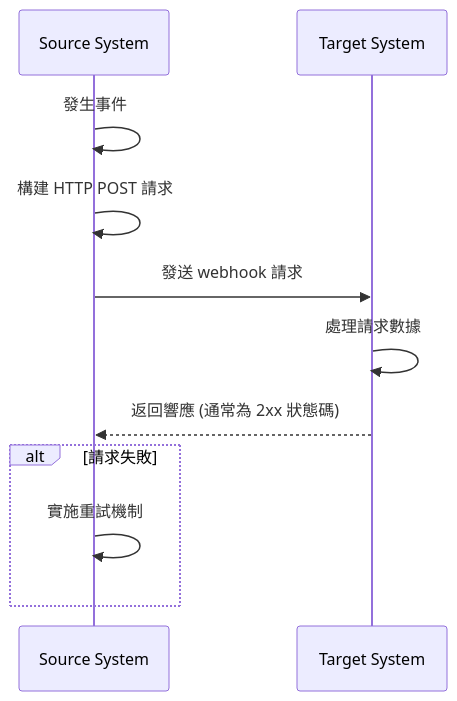
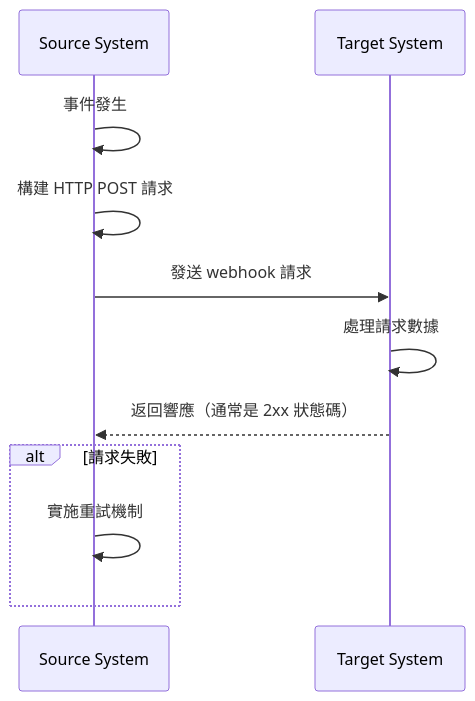
One commit to logto-io/auth-wiki changed the first of 2 diagrams in src/content/terms/zh-Hant/webhook.mdx. Above: the diagram before and after it, drawn with Mermaid. The commit also changed other lines of this file and 98 other files, not shown here.

````diff
--- a/src/content/terms/zh-Hant/webhook.mdx
+++ b/src/content/terms/zh-Hant/webhook.mdx
@@ -13,15 +13,15 @@
 ```mermaid
 sequenceDiagram
     participant Source System
     participant Target System
     
-    Source System->>Source System: 發生事件
+    Source System->>Source System: 事件發生
     Source System->>Source System: 構建 HTTP POST 請求
     Source System->>Target System: 發送 webhook 請求
     Target System->>Target System: 處理請求數據
-    Target System-->>Source System: 返回響應 (通常為 2xx 狀態碼)
+    Target System-->>Source System: 返回響應（通常是 2xx 狀態碼）
     
     alt 請求失敗
         Source System->>Source System: 實施重試機制
     end
 ```
````
